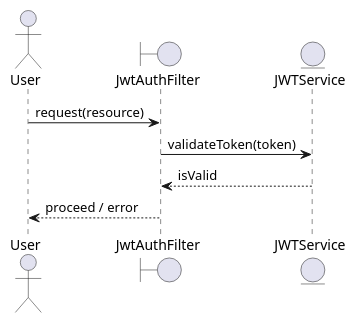
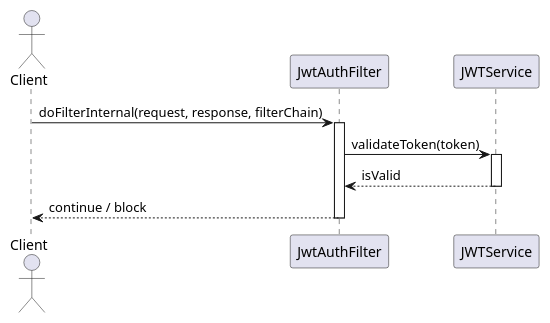
The third of 5 diagrams in identityprovider/documentation/detaileddesign.adoc (Dinesh-s95/AutoDoc.ai), drawn with PlantUML before and after one commit. The commit also changed other lines of this file and 15 other files, not shown here.

````diff
--- a/identityprovider/documentation/detaileddesign.adoc
+++ b/identityprovider/documentation/detaileddesign.adoc
@@ -183,13 +250,19 @@
-[plantuml, jwt-validation-sequence, png]
-----
+```plantuml
 @startuml
-actor User
-boundary JwtAuthFilter
-entity JWTService
+actor Client
+participant JwtAuthFilter
+participant JWTService
 
-User -> JwtAuthFilter : request(resource)
+Client -> JwtAuthFilter : doFilterInternal(request, response, filterChain)
+activate JwtAuthFilter
+
 JwtAuthFilter -> JWTService : validateToken(token)
+activate JWTService
+
 JWTService --> JwtAuthFilter : isValid
-JwtAuthFilter --> User : proceed / error
+deactivate JWTService
+
+JwtAuthFilter --> Client : continue / block
+deactivate JwtAuthFilter
 @enduml
-----
+```
````
